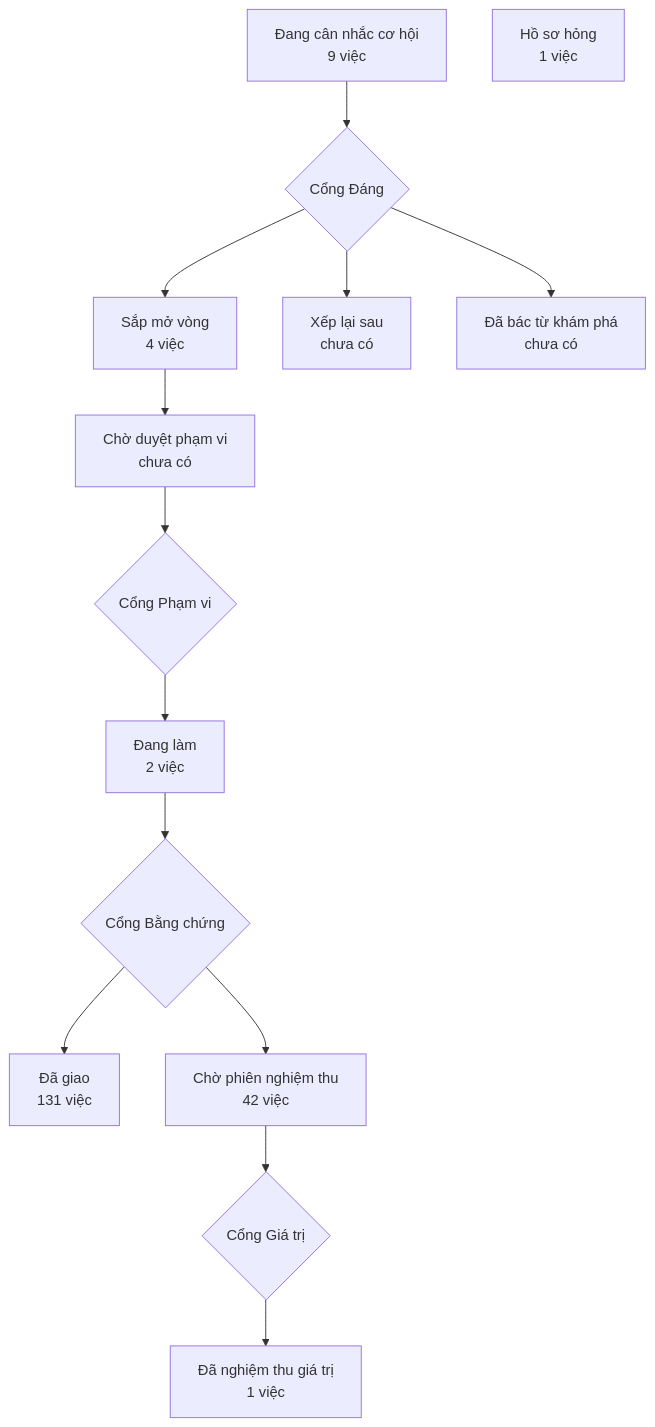
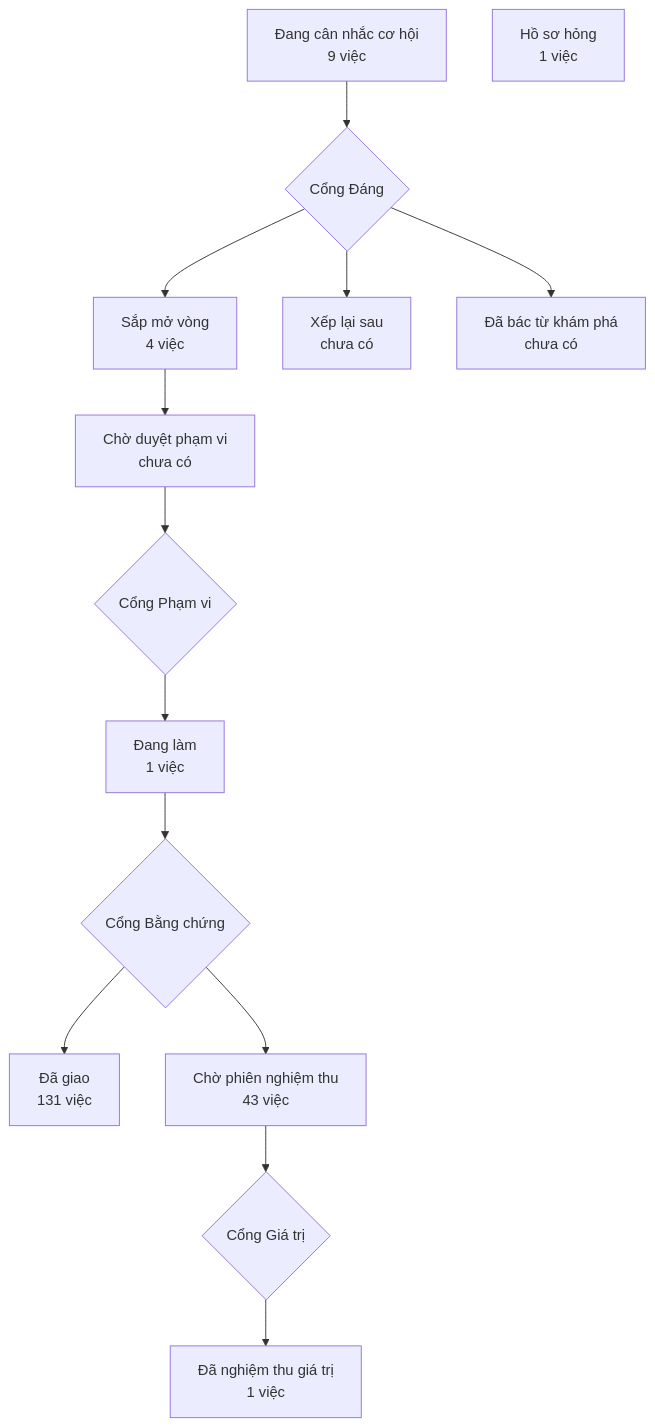
Before and after one commit to phanlemanh/crm-onehub: the diagram in PRODUCT-MAP.md, drawn with Mermaid. The commit also changed 4 other files, not shown here.

````diff
--- a/PRODUCT-MAP.md
+++ b/PRODUCT-MAP.md
@@ -7,13 +7,13 @@
 ```mermaid
 flowchart TD
   A["Đang cân nhắc cơ hội<br/>9 việc"] --> GD{"Cổng Đáng"}
   GD --> B["Sắp mở vòng<br/>4 việc"]
   GD --> XL["Xếp lại sau<br/>chưa có"]
   GD --> DB["Đã bác từ khám phá<br/>chưa có"]
   B --> CD["Chờ duyệt phạm vi<br/>chưa có"] --> GP{"Cổng Phạm vi"}
-  GP --> DL["Đang làm<br/>2 việc"] --> GB{"Cổng Bằng chứng"}
+  GP --> DL["Đang làm<br/>1 việc"] --> GB{"Cổng Bằng chứng"}
   GB --> DG["Đã giao<br/>131 việc"]
-  GB --> CN["Chờ phiên nghiệm thu<br/>42 việc"] --> GG{"Cổng Giá trị"}
+  GB --> CN["Chờ phiên nghiệm thu<br/>43 việc"] --> GG{"Cổng Giá trị"}
   GG --> NT["Đã nghiệm thu giá trị<br/>1 việc"]
   HS["Hồ sơ hỏng<br/>1 việc"]
 ```
````
